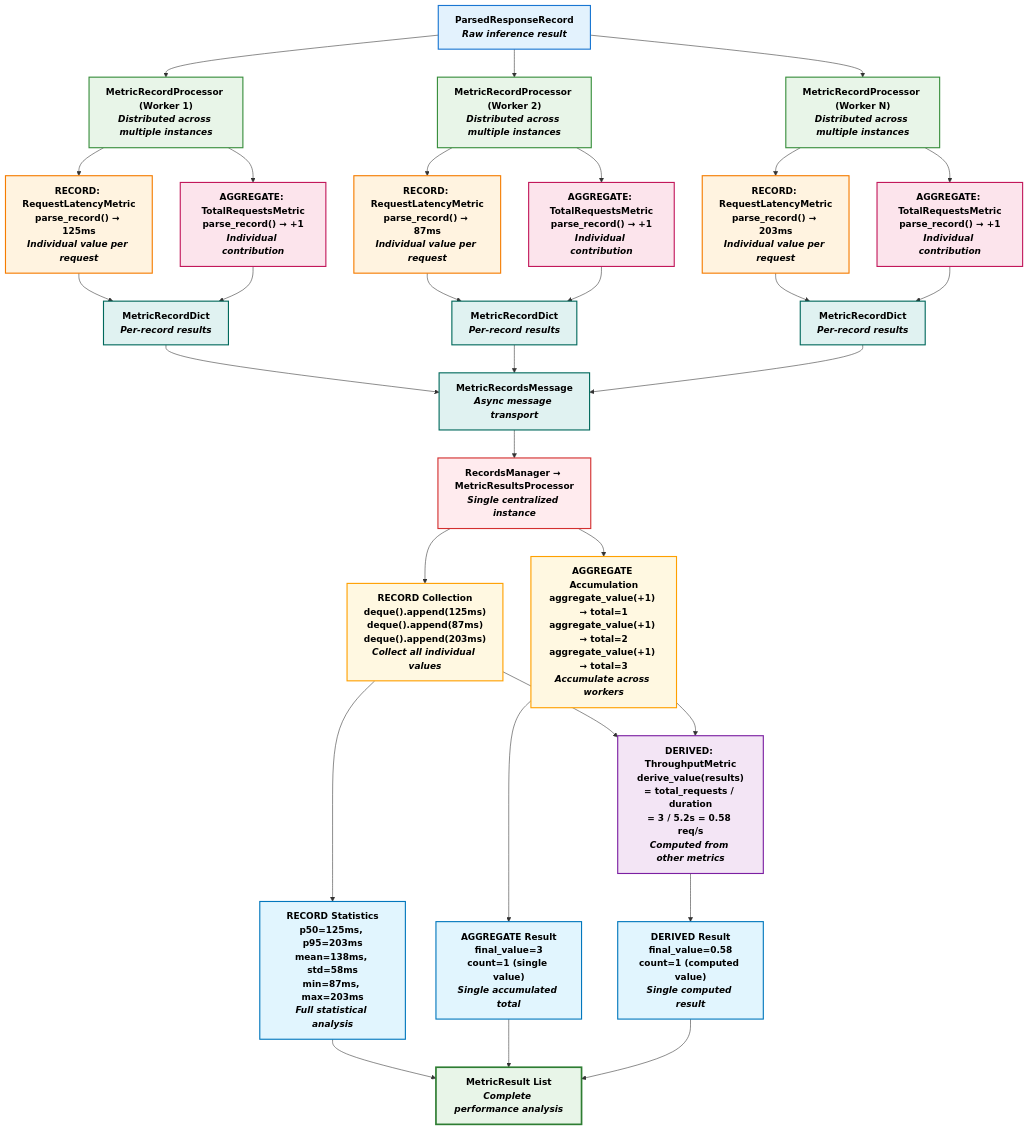
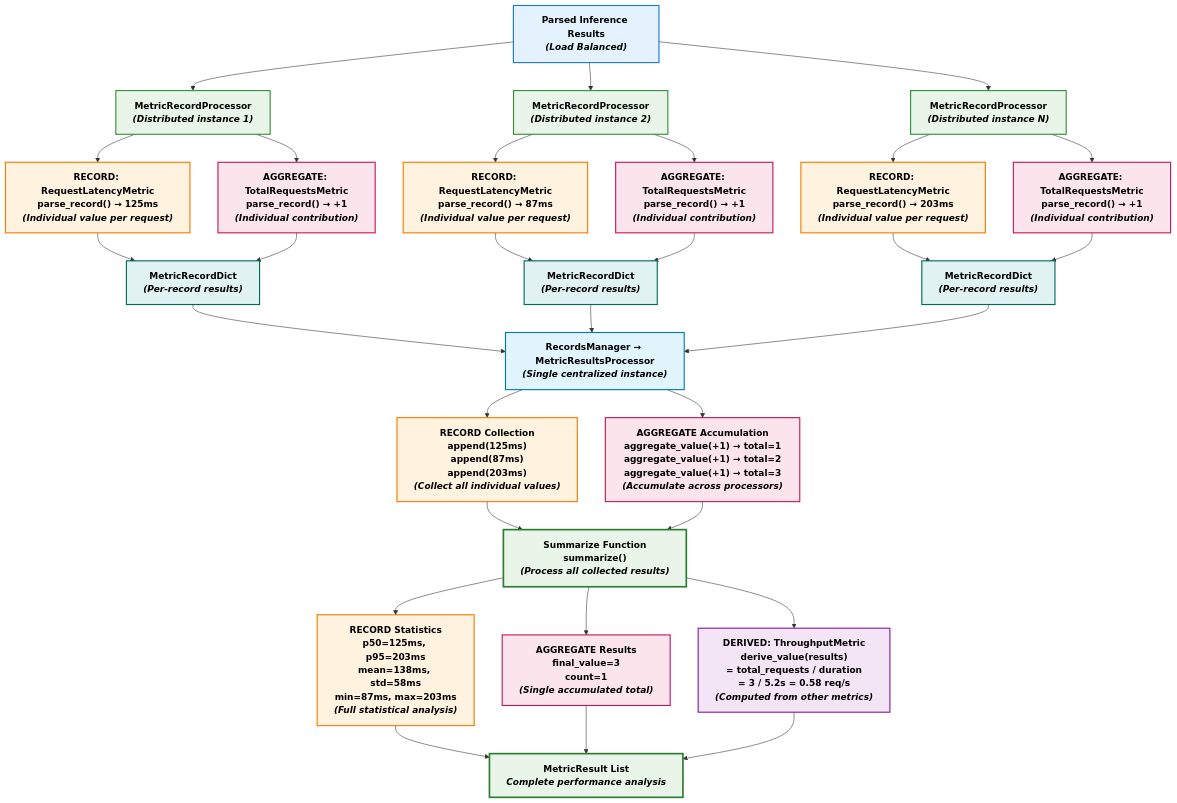
One commit to ajcasagrande/aiperf changed the diagram in docs/diagrams/metrics-flow.md. Above: the diagram before and after it, drawn with Mermaid.

Commit message:
improve diagram readability

````diff
--- a/docs/diagrams/metrics-flow.md
+++ b/docs/diagrams/metrics-flow.md
@@ -5,82 +5,78 @@
 ```mermaid
 flowchart TD
     %% Input Data
-    A["ParsedResponseRecord<br/><em>Raw inference result</em>"]
+    A["Parsed Inference Results<br/><em>(Load&nbsp;Balanced)</em>"]
 
     %% Stage 1: Distributed Record Processing
-    A --> B1["MetricRecordProcessor (Worker 1)<br/><em>Distributed across multiple instances</em>"]
-    A --> B2["MetricRecordProcessor (Worker 2)<br/><em>Distributed across multiple instances</em>"]
-    A --> B3["MetricRecordProcessor (Worker N)<br/><em>Distributed across multiple instances</em>"]
+    A --> B1["MetricRecordProcessor<br/><em>(Distributed&nbsp;instance&nbsp;1)</em>"]
+    A --> B2["MetricRecordProcessor<br/><em>(Distributed&nbsp;instance&nbsp;2)</em>"]
+    A --> B3["MetricRecordProcessor<br/><em>(Distributed&nbsp;instance&nbsp;N)</em>"]
 
     %% RECORD Metric Path
-    B1 --> C1["RECORD: RequestLatencyMetric<br/>parse_record() → 125ms<br/><em>Individual value per request</em>"]
-    B2 --> C2["RECORD: RequestLatencyMetric<br/>parse_record() → 87ms<br/><em>Individual value per request</em>"]
-    B3 --> C3["RECORD: RequestLatencyMetric<br/>parse_record() → 203ms<br/><em>Individual value per request</em>"]
+    B1 --> C1["RECORD: RequestLatencyMetric<br/>parse_record() → 125ms<br/><em>(Individual&nbsp;value&nbsp;per&nbsp;request)</em>"]
+    B2 --> C2["RECORD: RequestLatencyMetric<br/>parse_record() → 87ms<br/><em>(Individual&nbsp;value&nbsp;per&nbsp;request)</em>"]
+    B3 --> C3["RECORD: RequestLatencyMetric<br/>parse_record() → 203ms<br/><em>(Individual&nbsp;value&nbsp;per&nbsp;request)</em>"]
 
     %% AGGREGATE Metric Path
-    B1 --> D1["AGGREGATE: TotalRequestsMetric<br/>parse_record() → +1<br/><em>Individual contribution</em>"]
-    B2 --> D2["AGGREGATE: TotalRequestsMetric<br/>parse_record() → +1<br/><em>Individual contribution</em>"]
-    B3 --> D3["AGGREGATE: TotalRequestsMetric<br/>parse_record() → +1<br/><em>Individual contribution</em>"]
+    B1 --> D1["AGGREGATE: TotalRequestsMetric<br/>parse_record() → +1<br/><em>(Individual&nbsp;contribution)</em>"]
+    B2 --> D2["AGGREGATE: TotalRequestsMetric<br/>parse_record() → +1<br/><em>(Individual&nbsp;contribution)</em>"]
+    B3 --> D3["AGGREGATE: TotalRequestsMetric<br/>parse_record() → +1<br/><em>(Individual&nbsp;contribution)</em>"]
 
     %% MetricRecordDict Collection
-    C1 --> E1["MetricRecordDict<br/><em>Per-record results</em>"]
+    C1 --> E1["MetricRecordDict<br/><em>(Per-record&nbsp;results)</em>"]
     D1 --> E1
-    C2 --> E2["MetricRecordDict<br/><em>Per-record results</em>"]
+    C2 --> E2["MetricRecordDict<br/><em>(Per-record&nbsp;results)</em>"]
     D2 --> E2
-    C3 --> E3["MetricRecordDict<br/><em>Per-record results</em>"]
+    C3 --> E3["MetricRecordDict<br/><em>(Per-record&nbsp;results)</em>"]
     D3 --> E3
 
-    %% Transport to Central Manager
-    E1 --> F["MetricRecordsMessage<br/><em>Async message transport</em>"]
-    E2 --> F
-    E3 --> F
-
     %% Stage 2: Centralized Results Processing
-    F --> G["RecordsManager → MetricResultsProcessor<br/><em>Single centralized instance</em>"]
+    E1 --> G["RecordsManager → MetricResultsProcessor<br/><em>(Single&nbsp;centralized&nbsp;instance)</em>"]
+    E2 --> G
+    E3 --> G
 
     %% RECORD Processing in Central
-    G --> H1["RECORD Collection<br/>deque().append(125ms)<br/>deque().append(87ms)<br/>deque().append(203ms)<br/><em>Collect all individual values</em>"]
+    G --> H1["RECORD Collection<br/>append(125ms)<br/>append(87ms)<br/>append(203ms)<br/><em>(Collect&nbsp;all&nbsp;individual&nbsp;values)</em>"]
 
     %% AGGREGATE Processing in Central
-    G --> H2["AGGREGATE Accumulation<br/>aggregate_value(+1) → total=1<br/>aggregate_value(+1) → total=2<br/>aggregate_value(+1) → total=3<br/><em>Accumulate across workers</em>"]
+    G --> H2["AGGREGATE Accumulation<br/>aggregate_value(+1) → total=1<br/>aggregate_value(+1) → total=2<br/>aggregate_value(+1) → total=3<br/><em>(Accumulate&nbsp;across&nbsp;processors)</em>"]
 
-    %% DERIVED Processing (Only in Central)
-    H1 --> I["DERIVED: ThroughputMetric<br/>derive_value(results)<br/>= total_requests / duration<br/>= 3 / 5.2s = 0.58 req/s<br/><em>Computed from other metrics</em>"]
-    H2 --> I
+    %% Stage 4: Summarize Function Processing
+    H1 --> I2["Summarize Function<br/>summarize()<br/><em>(Process&nbsp;all&nbsp;collected&nbsp;results)</em>"]
+    H2 --> I2
 
-    %% Stage 3: Statistical Summarization
-    H1 --> J1["RECORD Statistics<br/>p50=125ms, p95=203ms<br/>mean=138ms, std=58ms<br/>min=87ms, max=203ms<br/><em>Full statistical analysis</em>"]
+    %% Three outputs from Summarize Function
+    I2 --> J1["RECORD Statistics<br/>p50=125ms, p95=203ms<br/>mean=138ms, std=58ms<br/>min=87ms, max=203ms<br/><em>(Full&nbsp;statistical&nbsp;analysis)</em>"]
 
-    H2 --> J2["AGGREGATE Result<br/>final_value=3<br/>count=1 (single value)<br/><em>Single accumulated total</em>"]
+    I2 --> J2["AGGREGATE Results<br/>final_value=3<br/>count=1<br/><em>(Single&nbsp;accumulated&nbsp;total)</em>"]
 
-    I --> J3["DERIVED Result<br/>final_value=0.58<br/>count=1 (computed value)<br/><em>Single computed result</em>"]
+    I2 --> J3["DERIVED: ThroughputMetric<br/>derive_value(results)<br/>= total_requests / duration<br/>= 3 / 5.2s = 0.58 req/s<br/><em>(Computed&nbsp;from&nbsp;other&nbsp;metrics)</em>"]
+
 
     %% Final Output
-    J1 --> K["MetricResult List<br/><em>Complete performance analysis</em>"]
+    J1 --> K["MetricResult List<br/><em>Complete&nbsp;performance&nbsp;analysis</em>"]
     J2 --> K
     J3 --> K
 
     %% Styling
     classDef input fill:#e3f2fd,stroke:#1976d2,stroke-width:2px,color:#000000,font-weight:bold
     classDef distributed fill:#e8f5e8,stroke:#388e3c,stroke-width:2px,color:#000000,font-weight:bold
     classDef recordMetric fill:#fff3e0,stroke:#f57c00,stroke-width:2px,color:#000000,font-weight:bold
     classDef aggregateMetric fill:#fce4ec,stroke:#c2185b,stroke-width:2px,color:#000000,font-weight:bold
     classDef derivedMetric fill:#f3e5f5,stroke:#7b1fa2,stroke-width:2px,color:#000000,font-weight:bold
     classDef transport fill:#e0f2f1,stroke:#00695c,stroke-width:2px,color:#000000,font-weight:bold
     classDef central fill:#ffebee,stroke:#d32f2f,stroke-width:2px,color:#000000,font-weight:bold
     classDef collection fill:#fff8e1,stroke:#ffa000,stroke-width:2px,color:#000000,font-weight:bold
     classDef statistics fill:#e1f5fe,stroke:#0277bd,stroke-width:2px,color:#000000,font-weight:bold
     classDef output fill:#e8f5e8,stroke:#2e7d32,stroke-width:3px,color:#000000,font-weight:bold
 
     %% Apply styles
     class A input
     class B1,B2,B3 distributed
-    class C1,C2,C3 recordMetric
-    class D1,D2,D3 aggregateMetric
-    class I derivedMetric
+    class C1,C2,C3,J1,H1 recordMetric
+    class D1,D2,D3,J2,H2 aggregateMetric
+    class J3 derivedMetric
+    class I1,G statistics
     class E1,E2,E3,F transport
-    class G central
-    class H1,H2 collection
-    class J1,J2,J3 statistics
-    class K output
+    class K,I2 output
 ```
````
